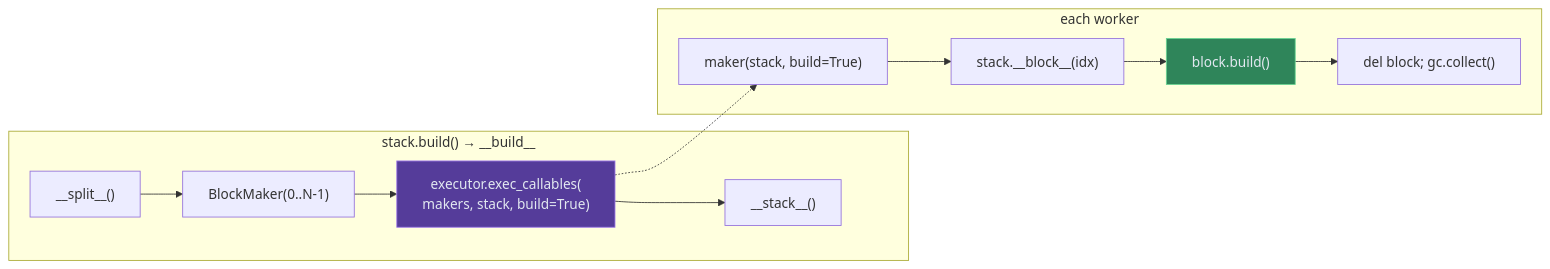
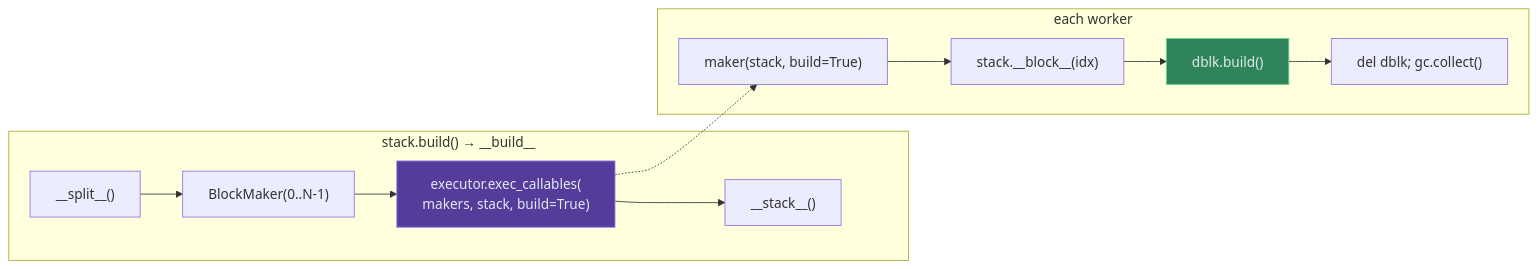
One commit to general-reasoning/dbx changed the diagram in DATASTACK.md. Above: the diagram before and after it, drawn with Mermaid. The commit also changed other lines of this file and 9 other files, not shown here.

````diff
--- a/DATASTACK.md
+++ b/DATASTACK.md
@@ -319,21 +319,21 @@
 ```mermaid
 flowchart LR
     subgraph "stack.build() → __build__"
         A["__split__()"] --> B
         B["BlockMaker(0..N-1)"] --> C
         C["executor.exec_callables(\n  makers, stack, build=True)"] --> D
         D["__stack__()"]
     end
 
     subgraph "each worker"
         E["maker(stack, build=True)"] --> F
         F["stack.__block__(idx)"] --> G
-        G["block.build()"] --> H
-        H["del block; gc.collect()"]
+        G["dblk.build()"] --> H
+        H["del dblk; gc.collect()"]
     end
 
     C -.-> E
 
     style C fill:#553c9a,stroke:#9f7aea,color:#e2e8f0
     style G fill:#2f855a,stroke:#68d391,color:#e2e8f0
 ```
````
